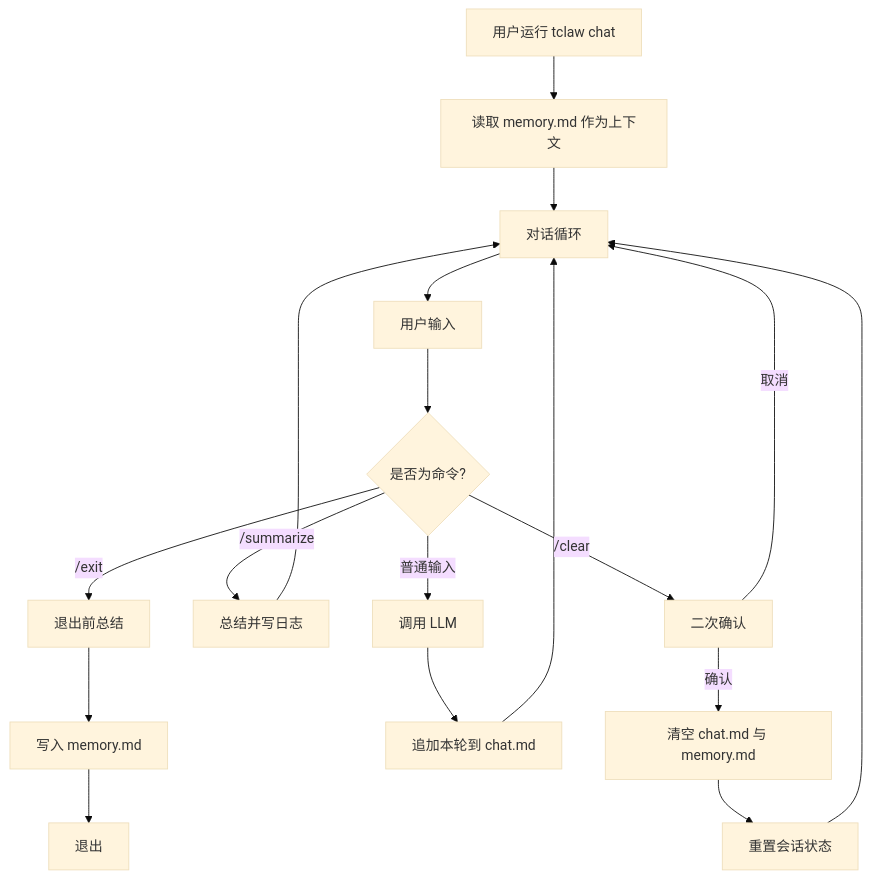
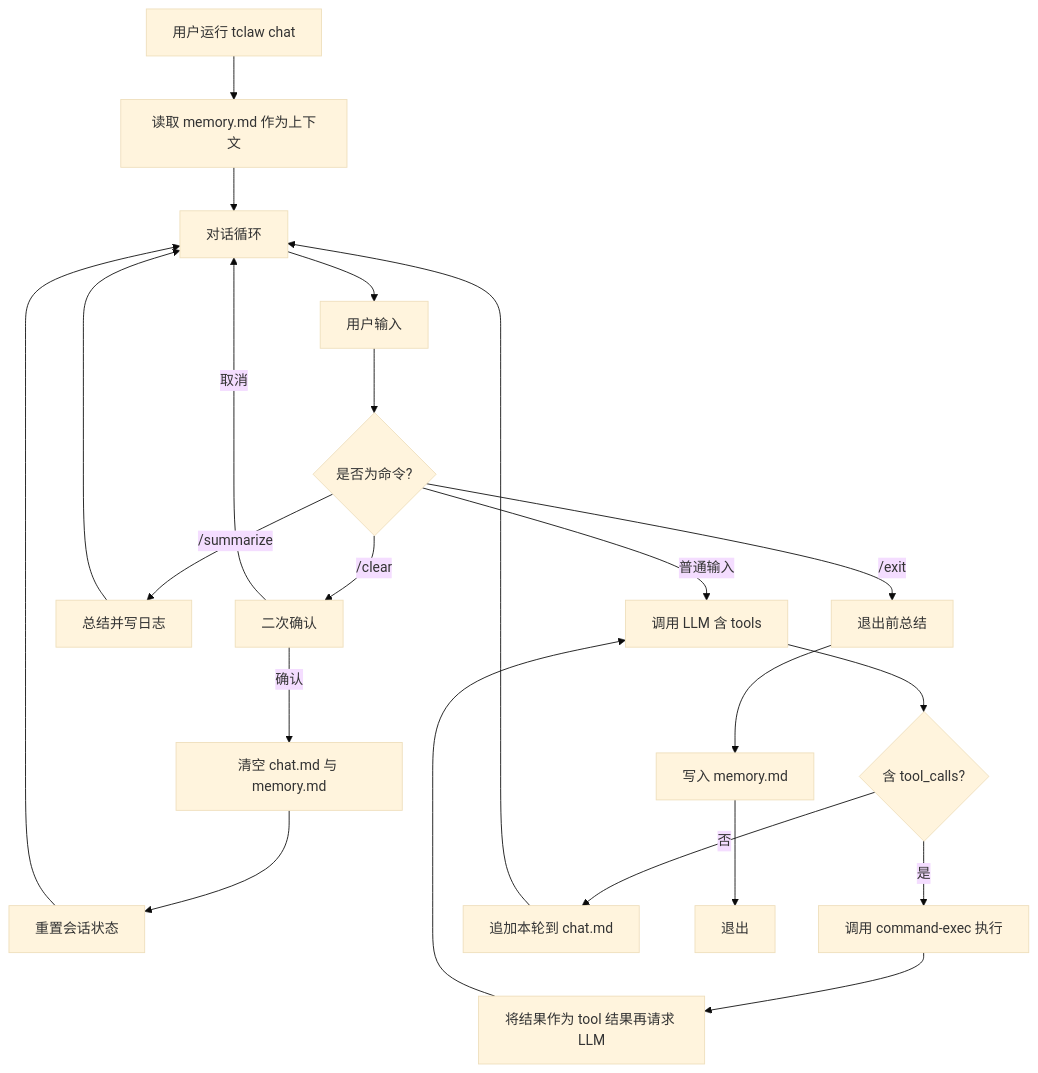
One commit to tree-lock/mini-openclaw changed the third of 3 diagrams in docs/架构文档.md. Above: the diagram before and after it, drawn with Mermaid (base theme). The commit also changed other lines of this file and 15 other files, not shown here.

````diff
--- a/docs/架构文档.md
+++ b/docs/架构文档.md
@@ -108,20 +113,24 @@
 ```mermaid
 flowchart TB
   Start[用户运行 tclaw chat] --> LoadMem[读取 memory.md 作为上下文]
   LoadMem --> Loop[对话循环]
   Loop --> Input[用户输入]
   Input --> Cmd{是否为命令?}
   Cmd -->|/exit| Summarize[退出前总结]
   Cmd -->|/summarize| SumLog[总结并写日志]
   SumLog --> Loop
   Cmd -->|/clear| Confirm[二次确认]
   Confirm -->|确认| ClearFiles[清空 chat.md 与 memory.md]
   ClearFiles --> ResetState[重置会话状态]
   ResetState --> Loop
   Confirm -->|取消| Loop
-  Cmd -->|普通输入| LLM[调用 LLM]
-  LLM --> Append[追加本轮到 chat.md]
+  Cmd -->|普通输入| LLM[调用 LLM 含 tools]
+  LLM --> HasTools{含 tool_calls?}
+  HasTools -->|是| Exec[调用 command-exec 执行]
+  Exec --> ToolResult[将结果作为 tool 结果再请求 LLM]
+  ToolResult --> LLM
+  HasTools -->|否| Append[追加本轮到 chat.md]
   Append --> Loop
   Summarize --> WriteMem[写入 memory.md]
   WriteMem --> Exit[退出]
 ```
````
